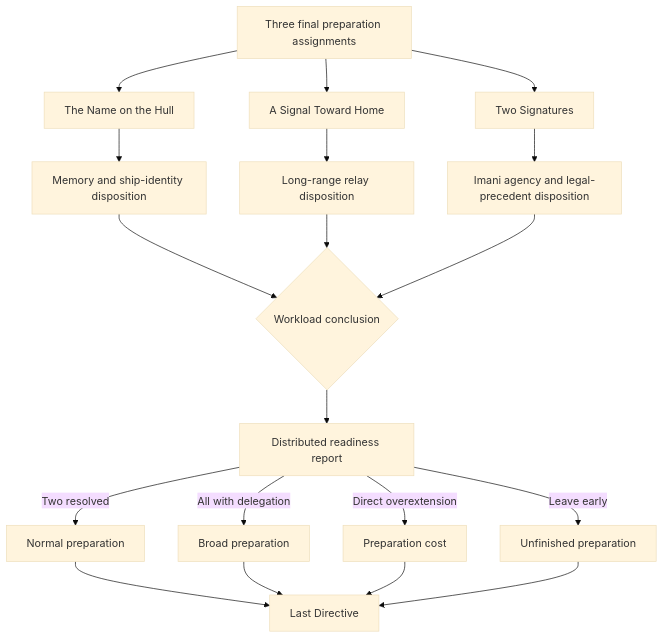
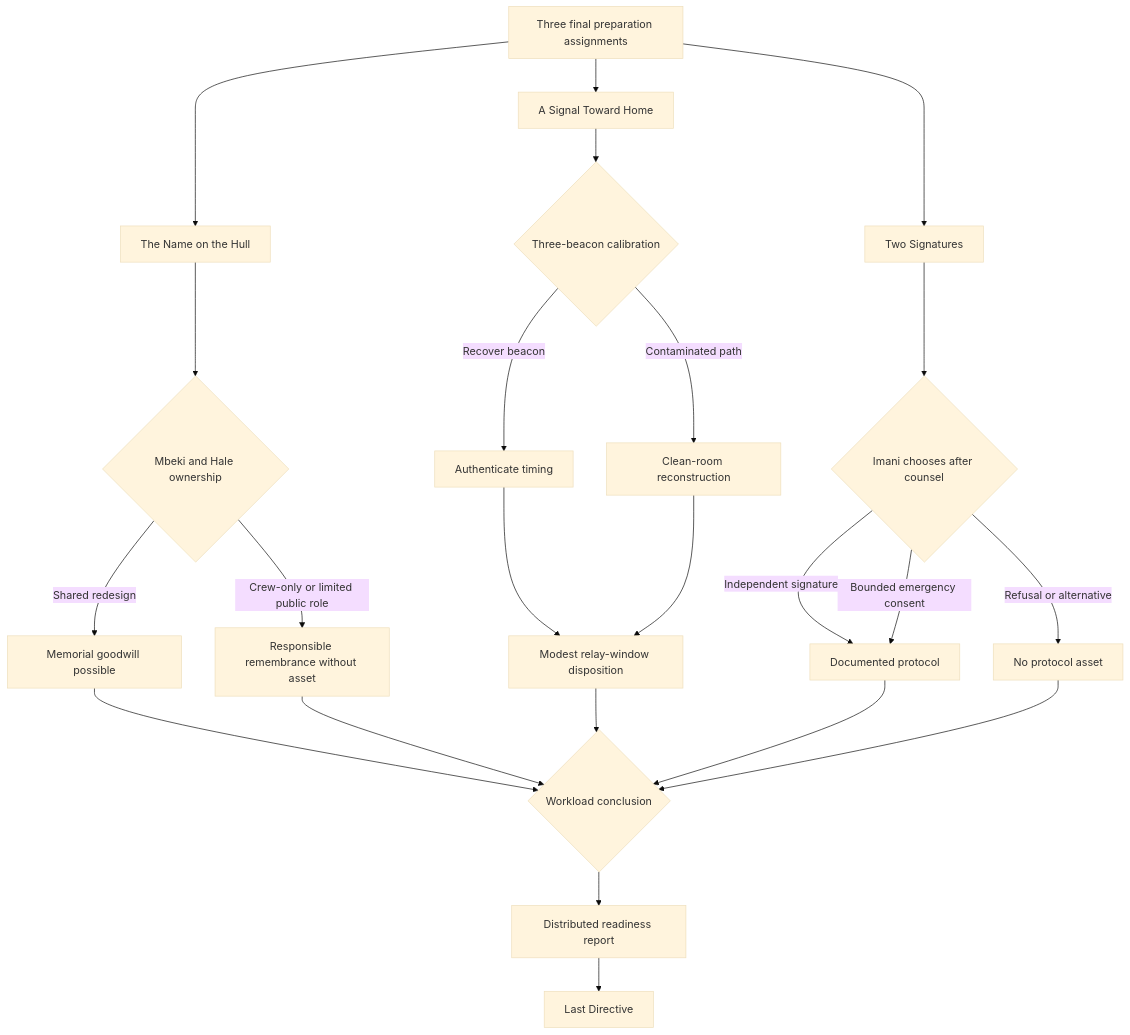
One commit to MentallyQuill/Directive changed diagram 12 of 14 in docs/authoring/ASHES_OF_PEACE_ENRICHMENT.md. Above: the diagram before and after it, drawn with Mermaid (base theme). The commit also changed other lines of this file and 4 other files, not shown here.

````diff
--- a/docs/authoring/ASHES_OF_PEACE_ENRICHMENT.md
+++ b/docs/authoring/ASHES_OF_PEACE_ENRICHMENT.md
@@ -571,21 +571,25 @@
 ```mermaid
 flowchart TD
     A[Three final preparation assignments] --> B[The Name on the Hull]
     A --> C[A Signal Toward Home]
     A --> D[Two Signatures]
-    B --> E[Memory and ship-identity disposition]
-    C --> F[Long-range relay disposition]
-    D --> G[Imani agency and legal-precedent disposition]
-    E --> H{Workload conclusion}
-    F --> H
-    G --> H
-    H --> I[Distributed readiness report]
-    I -->|Two resolved| J[Normal preparation]
-    I -->|All with delegation| K[Broad preparation]
-    I -->|Direct overextension| L[Preparation cost]
-    I -->|Leave early| M[Unfinished preparation]
-    J --> N[Last Directive]
-    K --> N
-    L --> N
-    M --> N
+    B --> E{Mbeki and Hale ownership}
+    E -->|Shared redesign| F[Memorial goodwill possible]
+    E -->|Crew-only or limited public role| G[Responsible remembrance without asset]
+    C --> H{Three-beacon calibration}
+    H -->|Recover beacon| I[Authenticate timing]
+    H -->|Contaminated path| J[Clean-room reconstruction]
+    I --> K[Modest relay-window disposition]
+    J --> K
+    D --> L{Imani chooses after counsel}
+    L -->|Independent signature| M[Documented protocol]
+    L -->|Bounded emergency consent| M
+    L -->|Refusal or alternative| N[No protocol asset]
+    F --> O{Workload conclusion}
+    G --> O
+    K --> O
+    M --> O
+    N --> O
+    O --> P[Distributed readiness report]
+    P --> Q[Last Directive]
 ```
````
